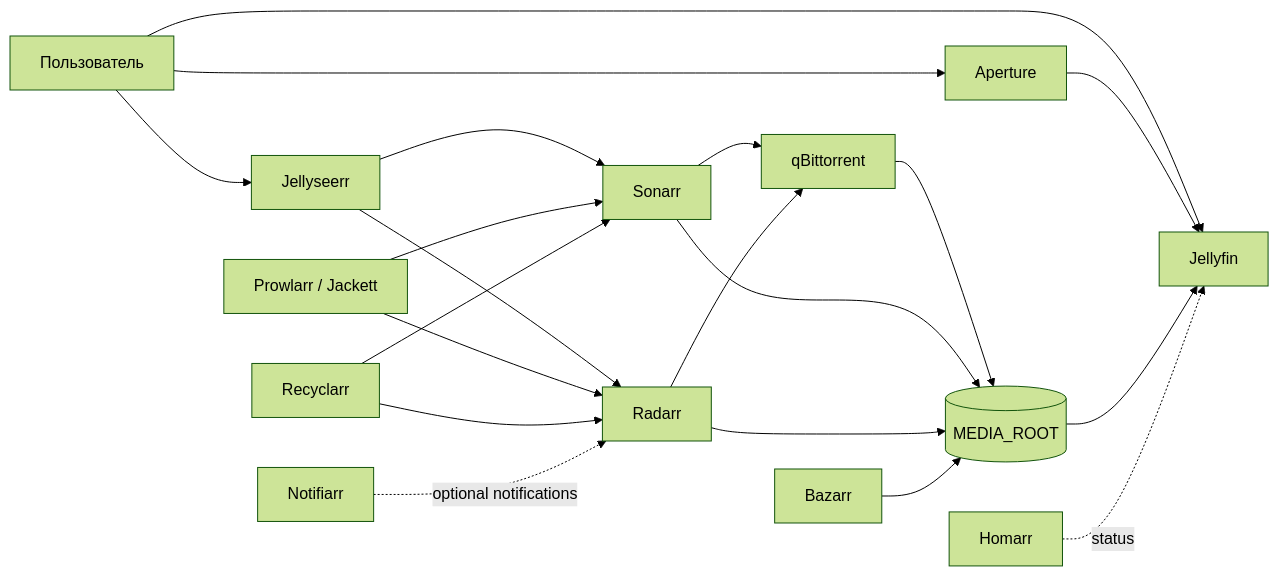
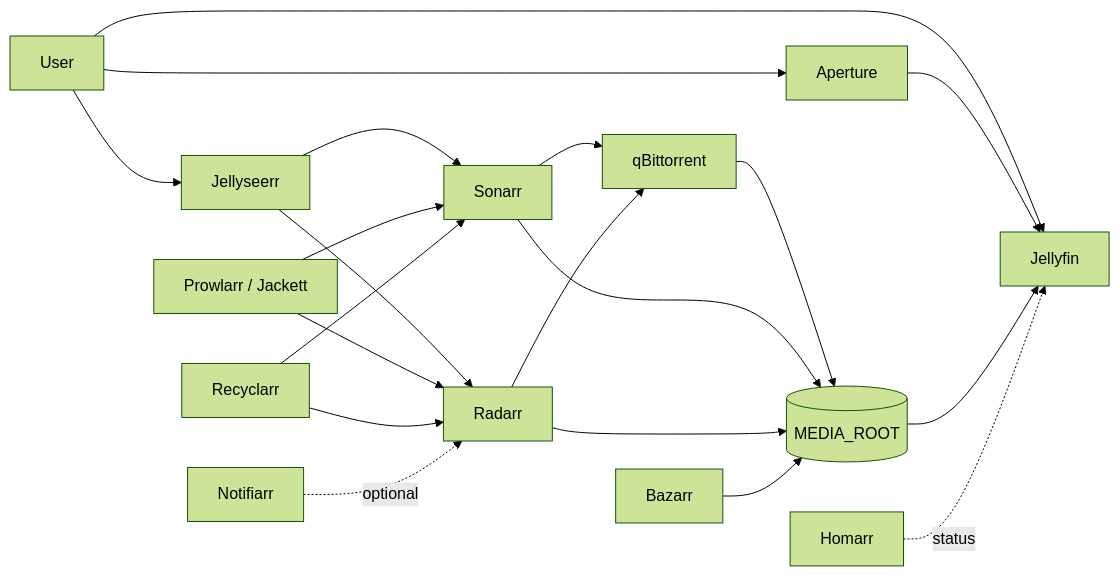
One commit to yinon-mitin/Phanes changed the diagram in README.md. Above: the diagram before and after it, drawn with Mermaid (forest theme). The commit also changed other lines of this file and 18 other files, not shown here.

````diff
--- a/README.md
+++ b/README.md
@@ -62,22 +39,22 @@
 ```mermaid
 flowchart LR
-    U[Пользователь] --> A[Aperture]
+    U[User] --> A[Aperture]
     U --> JF[Jellyfin]
     U --> JS[Jellyseerr]
     A --> JF
     JS --> S[Sonarr]
     JS --> R[Radarr]
     P[Prowlarr / Jackett] --> S
     P --> R
     S --> Q[qBittorrent]
     R --> Q
     Q --> M[(MEDIA_ROOT)]
     S --> M
     R --> M
     B[Bazarr] --> M
     M --> JF
     RC[Recyclarr] --> S
     RC --> R
     H[Homarr] -. status .-> JF
-    N[Notifiarr] -. optional notifications .-> R
+    N[Notifiarr] -. optional .-> R
 ```
````
